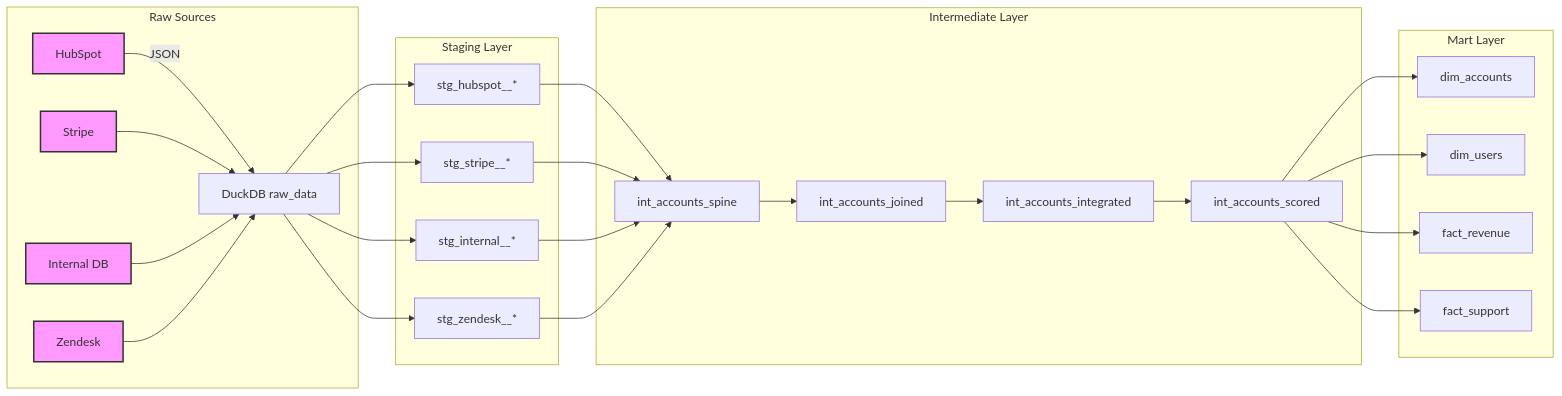
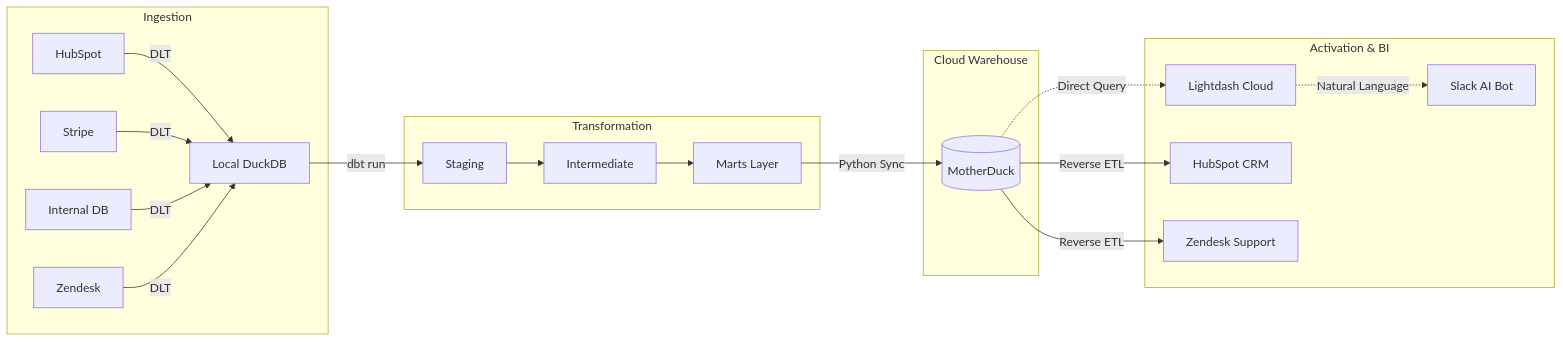
Before and after one commit to farrux05-ai/b2b-saas-revops-intelligence: the diagram in README.md, drawn with Mermaid. The commit also changed other lines of this file and 2 other files, not shown here.

````diff
--- a/README.md
+++ b/README.md
@@ -35,35 +67,26 @@
 ```mermaid
 flowchart LR
-    subgraph Sources[Raw Sources]
-        HS[HubSpot] -->|JSON| RAW[DuckDB raw_data]
-        ST[Stripe] --> RAW
-        IN[Internal DB] --> RAW
-        ZD[Zendesk] --> RAW
+    subgraph Ingestion
+        HS[HubSpot] -->|DLT| DUCK[Local DuckDB]
+        ST[Stripe] -->|DLT| DUCK
+        IN[Internal DB] -->|DLT| DUCK
+        ZD[Zendesk] -->|DLT| DUCK
     end
-    subgraph Staging[Staging Layer]
-        HS_STG[stg_hubspot__*]
-        ST_STG[stg_stripe__*]
-        IN_STG[stg_internal__*]
-        ZD_STG[stg_zendesk__*]
+    
+    subgraph Transformation
+        DUCK -->|dbt run| STG[Staging]
+        STG --> INT[Intermediate]
+        INT --> MARTS[Marts Layer]
     end
-    subgraph Intermediate[Intermediate Layer]
-        ID_SPINE[int_accounts_spine]
-        JOINED[int_accounts_joined]
-        INTEGRATED[int_accounts_integrated]
-        SCORED[int_accounts_scored]
+    
+    subgraph Cloud Warehouse
+        MARTS -->|Python Sync| MD[(MotherDuck)]
     end
-    subgraph Marts[Mart Layer]
-        DIM_ACC[dim_accounts]
-        DIM_USR[dim_users]
-        FACT_REV[fact_revenue]
-        FACT_SUP[fact_support]
+    
+    subgraph Activation & BI
+        MD -.->|Direct Query| LD[Lightdash Cloud]
+        LD -.->|Natural Language| SL[Slack AI Bot]
+        MD -->|Reverse ETL| HS_RET[HubSpot CRM]
+        MD -->|Reverse ETL| ZD_RET[Zendesk Support]
     end
-    RAW --> HS_STG & ST_STG & IN_STG & ZD_STG
-    HS_STG --> ID_SPINE
-    ST_STG --> ID_SPINE
-    IN_STG --> ID_SPINE
-    ZD_STG --> ID_SPINE
-    ID_SPINE --> JOINED --> INTEGRATED --> SCORED --> DIM_ACC & DIM_USR & FACT_REV & FACT_SUP
-    classDef source fill:#f9f,stroke:#333,stroke-width:2px;
-    class HS,ST,IN,ZD source;
 ```
````
